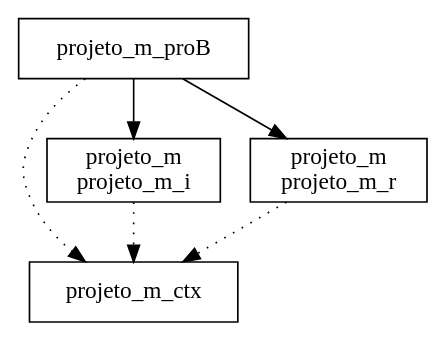
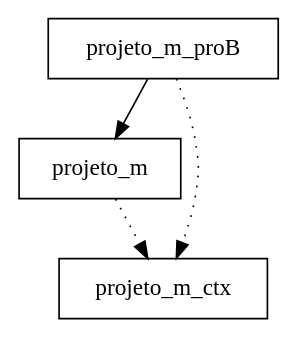
Before and after one commit to JoaoSant0s/atelier-b-e-commerce: the diagram in AtelierB/Project/Projeto.dot, drawn with Graphviz. The commit also changed 29 other files, not shown here.

```diff
--- a/AtelierB/Project/Projeto.dot
+++ b/AtelierB/Project/Projeto.dot
@@ -1,12 +1,9 @@
 digraph {
+projeto_m [ label=" projeto_m " shape= box ]
 projeto_m_ctx [ label=" projeto_m_ctx " shape= box ]
-projeto_m_i [ label=" projeto_m\nprojeto_m_i " shape= box ]
 projeto_m_proB [ label=" projeto_m_proB " shape= box ]
-projeto_m_r [ label=" projeto_m\nprojeto_m_r " shape= box ]
 
-"projeto_m_i" -> "projeto_m_ctx" [style= dotted ]
-"projeto_m_r" -> "projeto_m_ctx" [style= dotted ]
+"projeto_m" -> "projeto_m_ctx" [style= dotted ]
 "projeto_m_proB" -> "projeto_m_ctx" [style= dotted ]
-"projeto_m_proB" -> "projeto_m_i" []
-"projeto_m_proB" -> "projeto_m_r" []
+"projeto_m_proB" -> "projeto_m" []
 }
```
